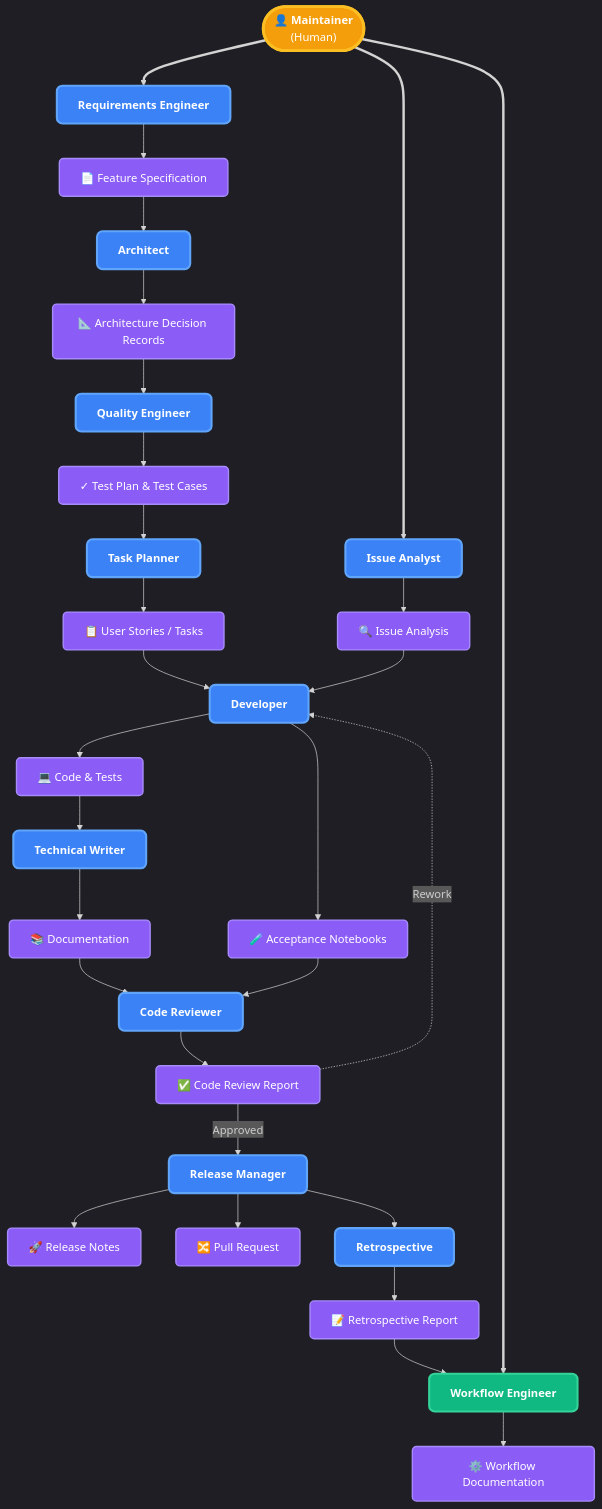
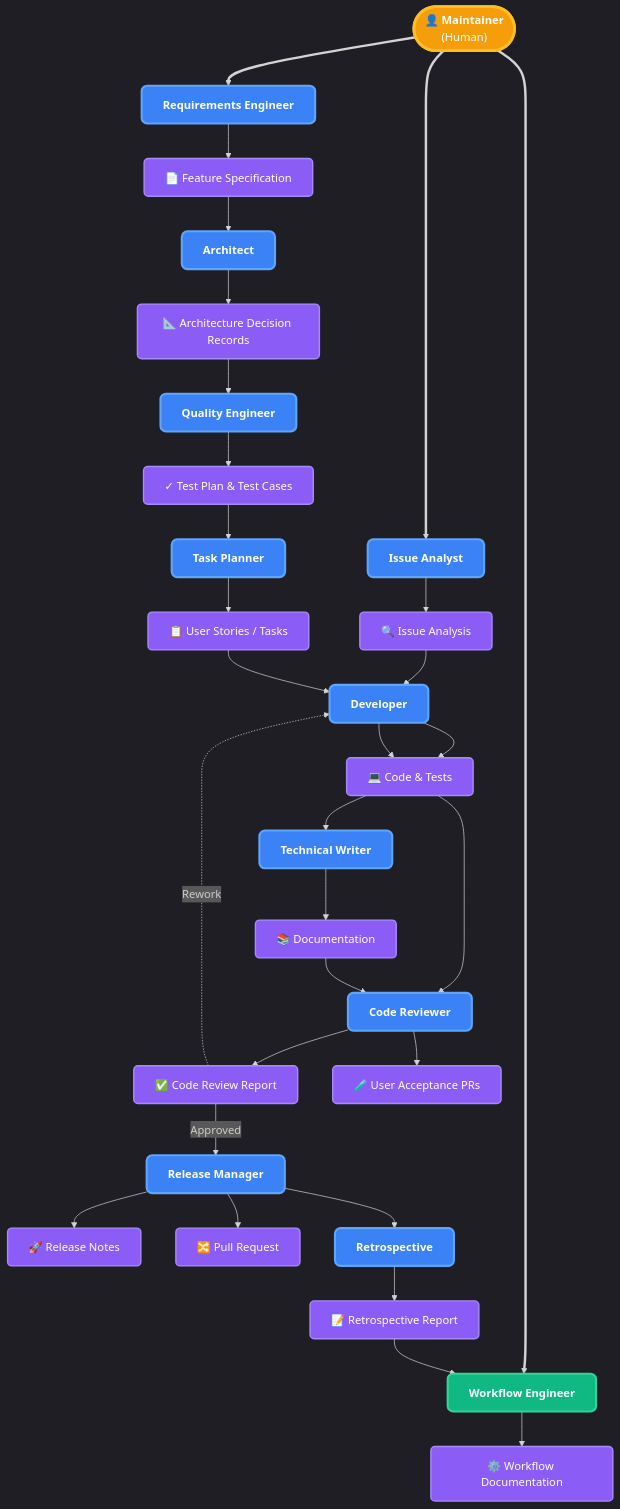
Before and after one commit to oocx/tfplan2md: the diagram in docs/agents.md, drawn with Mermaid. The commit also changed other lines of this file and 4 other files, not shown here.

Commit message:
feat: replace acceptance notebooks with UAT PRs

````diff
--- a/docs/agents.md
+++ b/docs/agents.md
@@ -63,9 +63,8 @@
 	%% Row 9: Developer
 	DEV["<b>Developer</b>"]
 
-	%% Row 10: Code & Notebooks
+	%% Row 10: Code & Tests
 	CODE["💻 Code & Tests"]
-	AN["🧪 Acceptance Notebooks"]
 
 	%% Row 11: Tech Writer
 	TW["<b>Technical Writer</b>"]
@@ -78,6 +77,7 @@
 
 	%% Row 14: Review Report
 	CRR["✅ Code Review Report"]
+	UAT["🧪 User Acceptance PRs"]
 
 	%% Row 15: Release Manager
 	RM["<b>Release Manager</b>"]
@@ -106,11 +106,12 @@
 	TP_AGENT --> US --> DEV
 
 	DEV --> CODE --> TW
-	DEV --> AN --> CR
+	DEV --> CODE --> CR
 
 	TW --> DOCS --> CR
 
 	CR --> CRR
+	CR --> UAT
 	CRR -. "Rework" .-> DEV
 	CRR -- "Approved" --> RM
 
@@ -124,5 +125,5 @@
 	class HUMAN human;
 	class IA_AGENT,RE,AR,TP_AGENT,QE,DEV,TW,CR,RM,RETRO_AGENT agent;
 	class WE metaagent;
-	class IA,FS,US,ADR,TP,CODE,DOCS,CRR,REL,PR,WD,AN,RETRO artifact;
+	class IA,FS,US,ADR,TP,CODE,DOCS,CRR,REL,PR,WD,UAT,RETRO artifact;
 ```
````
